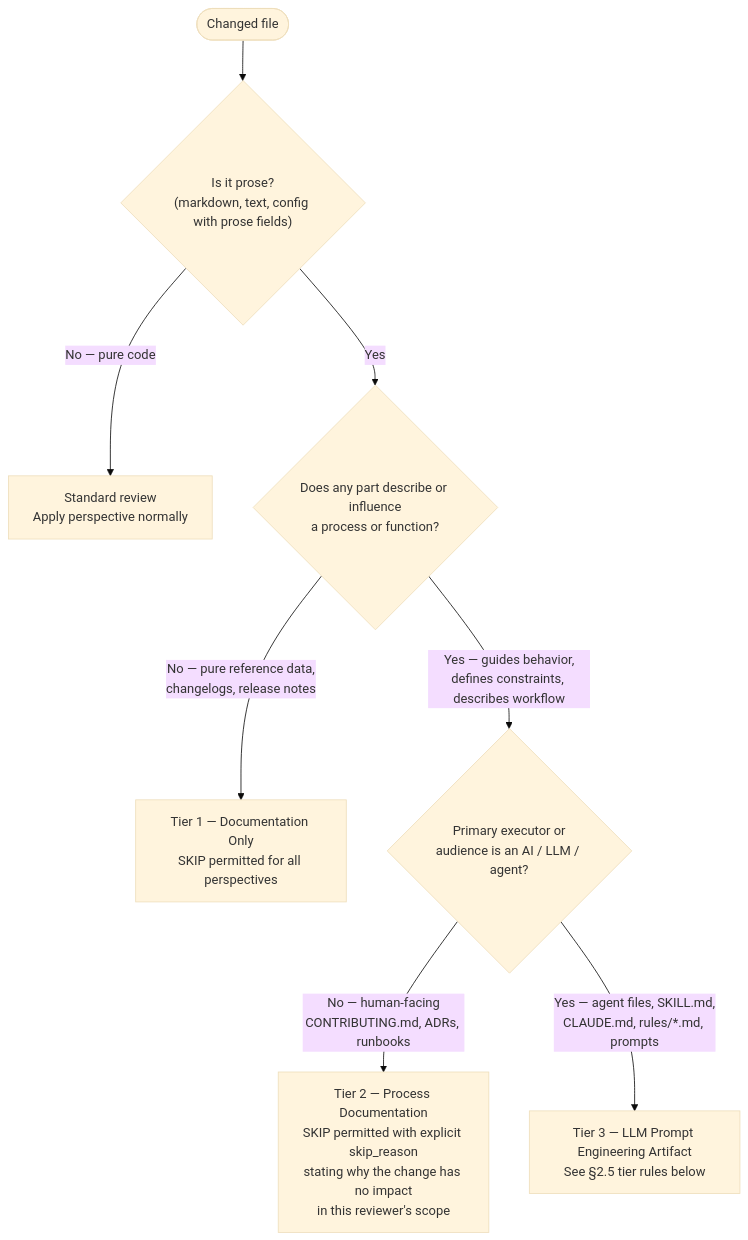
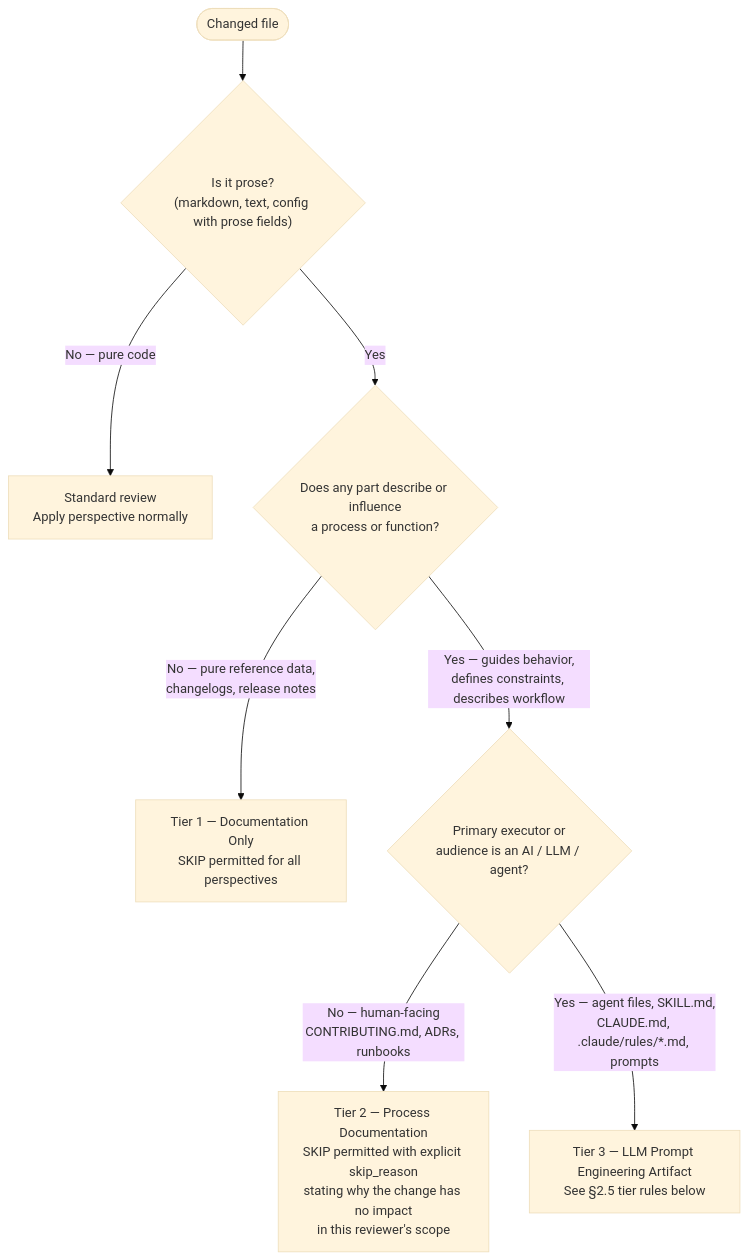
Before and after one commit to Jamie-BitFlight/claude_skills: the diagram in plugins/development-harness/skills/review-verdict-contract/references/verdict-schema.md, drawn with Mermaid (base theme). The commit also changed 5 other files, not shown here.

First line of the commit message:
fix(rules): finish .claude/rules/ -> rules/ path migration for two missed files (#3406)

````diff
--- a/plugins/development-harness/skills/review-verdict-contract/references/verdict-schema.md
+++ b/plugins/development-harness/skills/review-verdict-contract/references/verdict-schema.md
@@ -179,10 +179,10 @@
 ```mermaid
 flowchart TD
     File([Changed file]) --> Q1{"Is it prose?<br>(markdown, text, config with prose fields)"}
     Q1 -->|"No — pure code"| Code["Standard review<br>Apply perspective normally"]
     Q1 -->|Yes| Q2{"Does any part describe or influence<br>a process or function?"}
     Q2 -->|"No — pure reference data,<br>changelogs, release notes"| T1["Tier 1 — Documentation Only<br>SKIP permitted for all perspectives"]
     Q2 -->|"Yes — guides behavior,<br>defines constraints, describes workflow"| Q3{"Primary executor or<br>audience is an AI / LLM / agent?"}
     Q3 -->|"No — human-facing<br>CONTRIBUTING.md, ADRs, runbooks"| T2["Tier 2 — Process Documentation<br>SKIP permitted with explicit skip_reason<br>stating why the change has no impact<br>in this reviewer's scope"]
-    Q3 -->|"Yes — agent files, SKILL.md,<br>CLAUDE.md, rules/*.md, prompts"| T3["Tier 3 — LLM Prompt Engineering Artifact<br>See §2.5 tier rules below"]
+    Q3 -->|"Yes — agent files, SKILL.md,<br>CLAUDE.md, .claude/rules/*.md, prompts"| T3["Tier 3 — LLM Prompt Engineering Artifact<br>See §2.5 tier rules below"]
 ```
````
